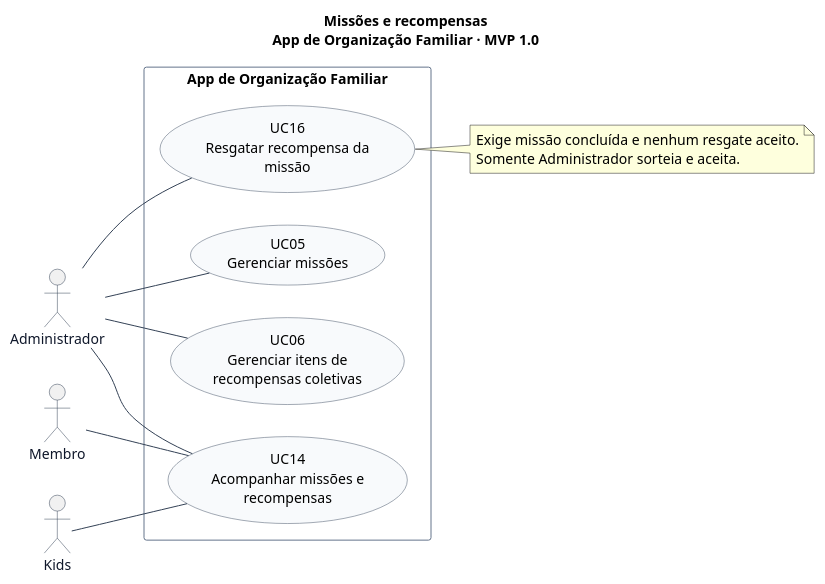
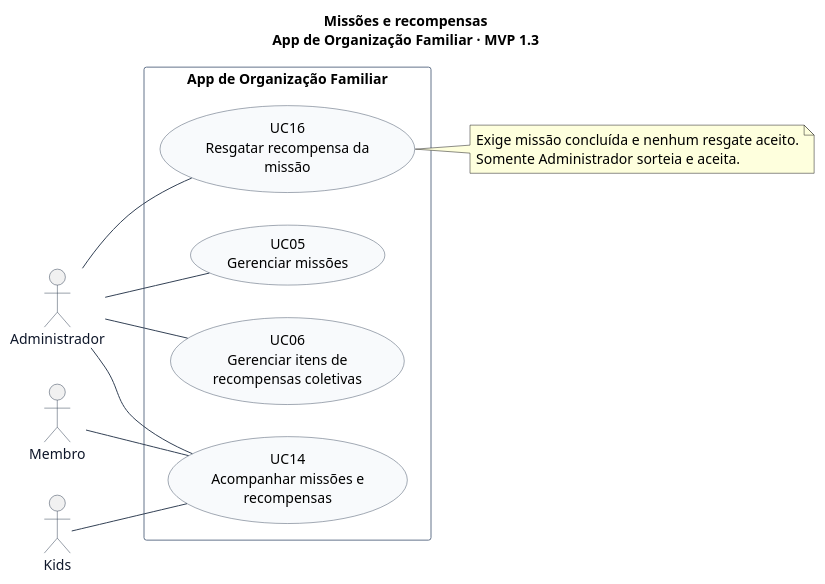
The diagram in docs/diagramas/casos-de-uso/05-missoes-recompensas.puml (lizandramalta/App-Rotina-Familiar), drawn with PlantUML before and after one commit. The commit also changed 21 other files, not shown here.

```diff
--- a/docs/diagramas/casos-de-uso/05-missoes-recompensas.puml
+++ b/docs/diagramas/casos-de-uso/05-missoes-recompensas.puml
@@ -1,41 +1,41 @@
 @startuml
 ' Fonte editável. Renderização: java -jar plantuml.jar -charset UTF-8 -tsvg *.puml
 left to right direction
 skinparam shadowing false
 skinparam backgroundColor white
 skinparam defaultFontName SansSerif
 skinparam defaultFontSize 14
 skinparam ArrowColor #334155
 skinparam actorBorderColor #334155
 skinparam actorFontColor #0F172A
 skinparam usecaseBackgroundColor #F8FAFC
 skinparam usecaseBorderColor #475569
 skinparam rectangleBorderColor #64748B
 skinparam packageStyle rectangle
 skinparam nodesep 32
 skinparam ranksep 55
-title Missões e recompensas\nApp de Organização Familiar · MVP 1.0
+title Missões e recompensas\nApp de Organização Familiar · MVP 1.3
 
 actor "Administrador" as Admin
 actor "Membro" as Membro
 actor "Kids" as Kids
 
 rectangle "App de Organização Familiar" {
   usecase "UC05\nGerenciar missões" as UC05
   usecase "UC06\nGerenciar itens de\nrecompensas coletivas" as UC06
   usecase "UC14\nAcompanhar missões e\nrecompensas" as UC14
   usecase "UC16\nResgatar recompensa da\nmissão" as UC16
 }
 
 Admin -- UC05
 Admin -- UC06
 Admin -- UC14
 Admin -- UC16
 Membro -- UC14
 Kids -- UC14
 note right of UC16
   Exige missão concluída e nenhum resgate aceito.
   Somente Administrador sorteia e aceita.
 end note
 
 @enduml
```
